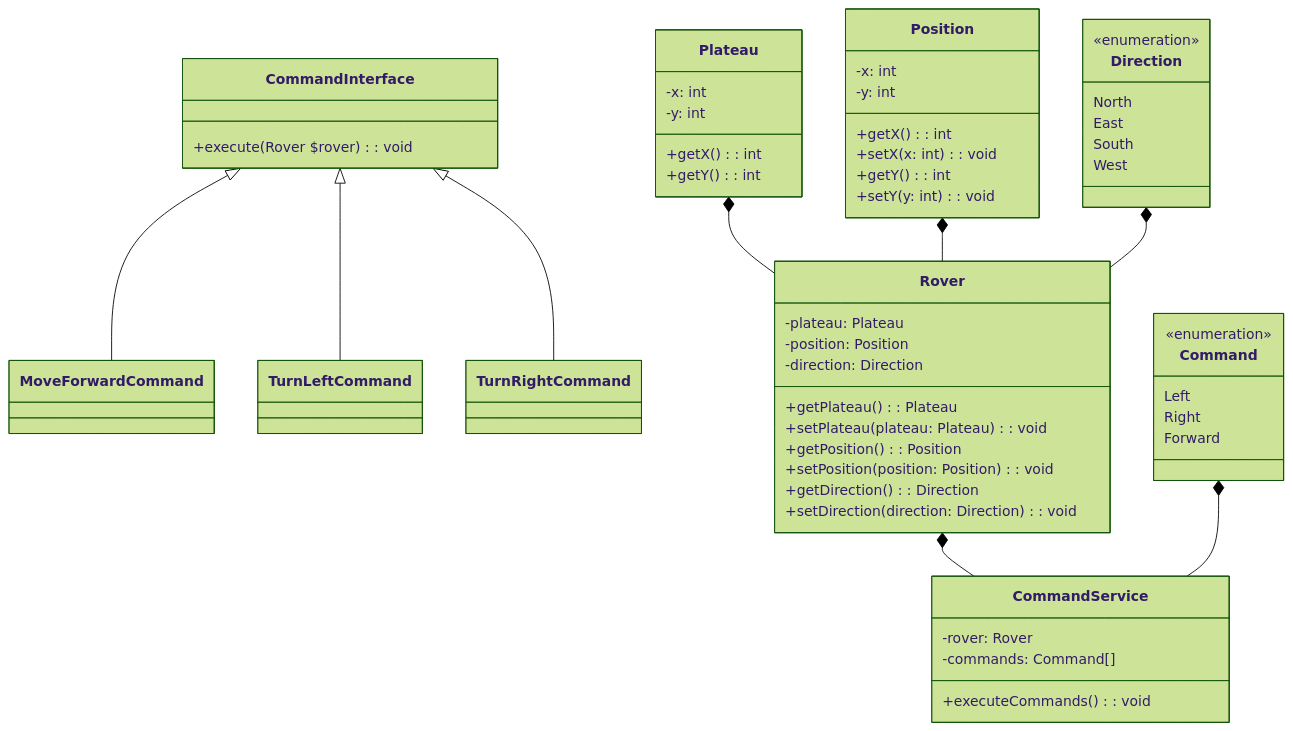
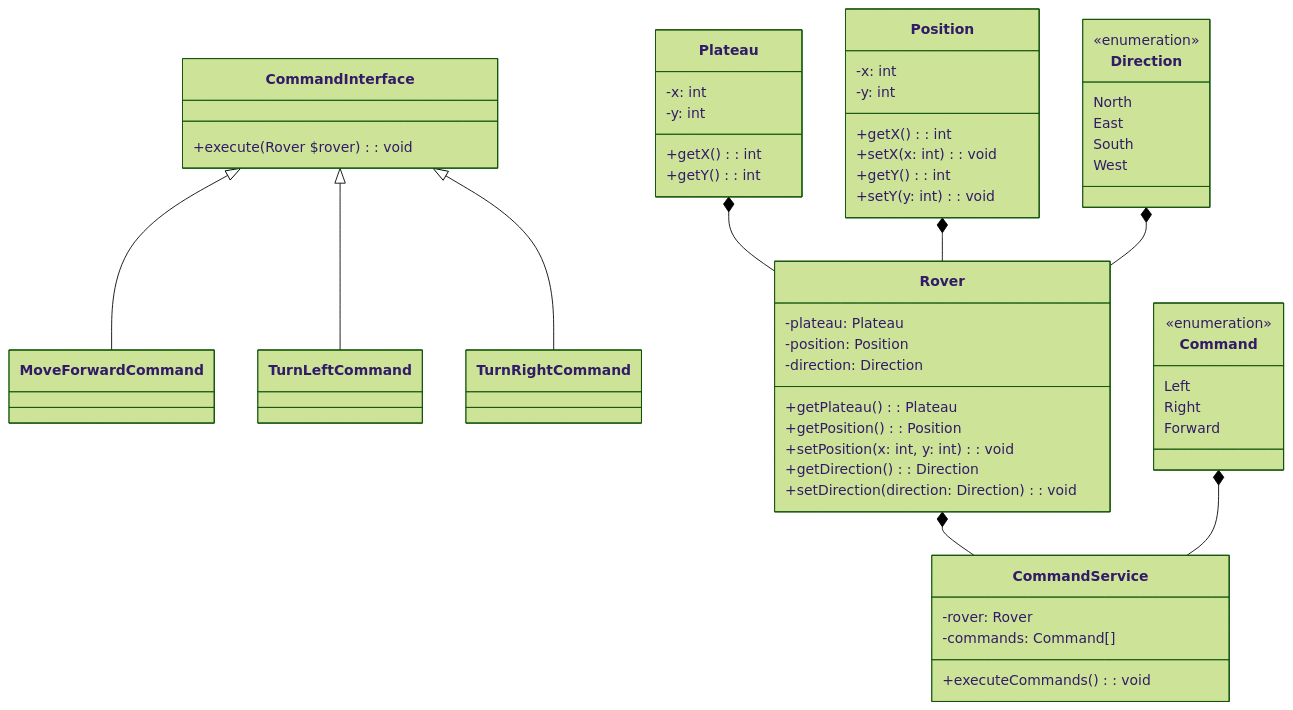
Before and after one commit to a-wagdy/mars-rover-challenge: the diagram in README.md, drawn with Mermaid (forest theme).

````diff
--- a/README.md
+++ b/README.md
@@ -3,64 +3,63 @@
 ```mermaid
 classDiagram
     class CommandInterface {
         +execute(Rover $rover): void
     }
     CommandInterface <|-- MoveForwardCommand
     CommandInterface <|-- TurnLeftCommand
     CommandInterface <|-- TurnRightCommand
 
     class Plateau {
         -x: int
         -y: int
         +getX(): int
         +getY(): int
     }
 
     class Position {
         -x: int
         -y: int
         +getX(): int
         +setX(x: int): void
         +getY(): int
         +setY(y: int): void
     }
 
     class Command {
         <<enumeration>>
         Left
         Right
         Forward
     }
 
     class Direction {
         <<enumeration>>
         North
         East
         South
         West
     }
 
     class Rover {
         -plateau: Plateau
         -position: Position
         -direction: Direction
         +getPlateau(): Plateau
-        +setPlateau(plateau: Plateau): void
         +getPosition(): Position
-        +setPosition(position: Position): void
+        +setPosition(x: int, y: int): void
         +getDirection(): Direction
         +setDirection(direction: Direction): void
     }
 
     class CommandService {
         -rover: Rover
         -commands: Command[]
         +executeCommands(): void
     }
 
     Rover *-- CommandService
     Command *-- CommandService
     Plateau *-- Rover
     Position *-- Rover
     Direction *-- Rover
 ```
````
